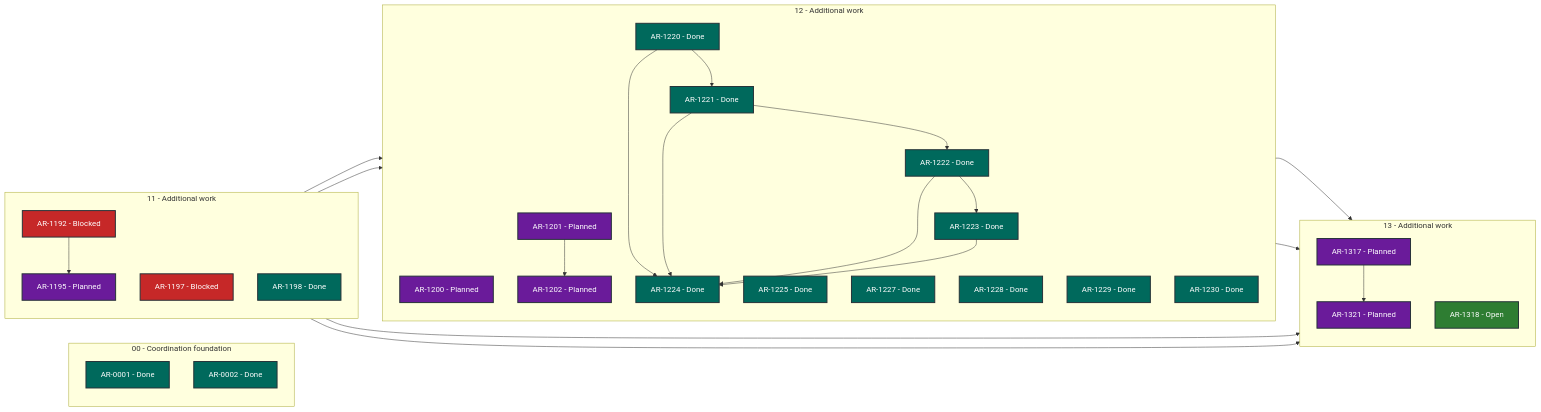
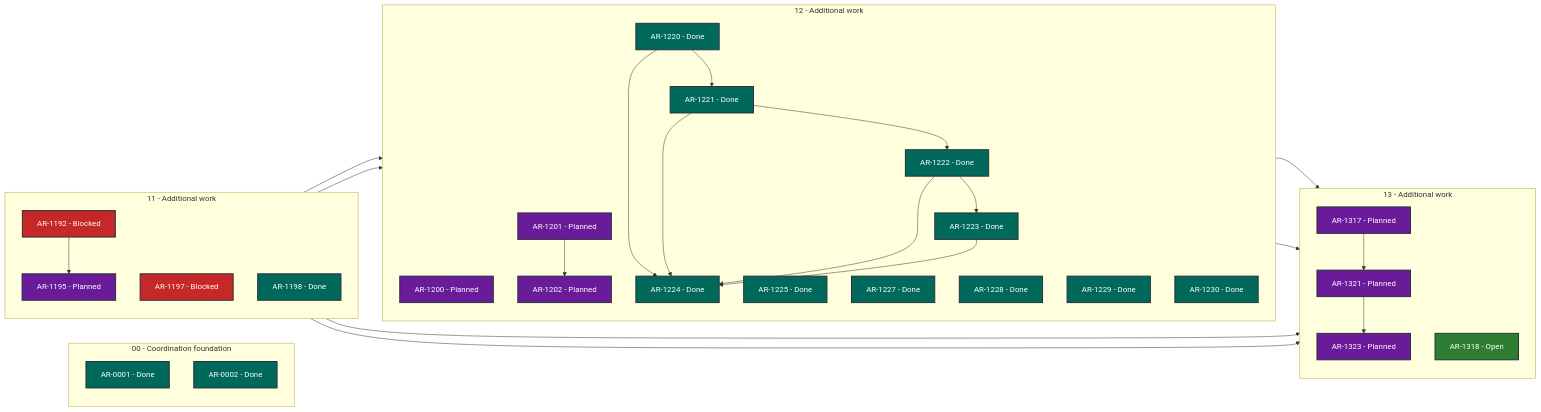
One commit to martin-beck/asb-tui-state changed the diagram in STATUS.md. Above: the diagram before and after it, drawn with Mermaid. The commit also changed other lines of this file and 2 other files, not shown here.

````diff
--- a/STATUS.md
+++ b/STATUS.md
@@ -27,61 +27,63 @@
 ```mermaid
 flowchart LR
     subgraph series_00["00 - Coordination foundation"]
         direction TB
         AR_0001["AR-0001 - Done"]:::status_done
         AR_0002["AR-0002 - Done"]:::status_done
     end
     subgraph series_11["11 - Additional work"]
         direction TB
         AR_1192["AR-1192 - Blocked"]:::status_blocked
         AR_1195["AR-1195 - Planned"]:::status_planned
         AR_1197["AR-1197 - Blocked"]:::status_blocked
         AR_1198["AR-1198 - Done"]:::status_done
     end
     subgraph series_12["12 - Additional work"]
         direction TB
         AR_1200["AR-1200 - Planned"]:::status_planned
         AR_1201["AR-1201 - Planned"]:::status_planned
         AR_1202["AR-1202 - Planned"]:::status_planned
         AR_1220["AR-1220 - Done"]:::status_done
         AR_1221["AR-1221 - Done"]:::status_done
         AR_1222["AR-1222 - Done"]:::status_done
         AR_1223["AR-1223 - Done"]:::status_done
         AR_1224["AR-1224 - Done"]:::status_done
         AR_1225["AR-1225 - Done"]:::status_done
         AR_1227["AR-1227 - Done"]:::status_done
         AR_1228["AR-1228 - Done"]:::status_done
         AR_1229["AR-1229 - Done"]:::status_done
         AR_1230["AR-1230 - Done"]:::status_done
     end
     subgraph series_13["13 - Additional work"]
         direction TB
         AR_1317["AR-1317 - Planned"]:::status_planned
         AR_1318["AR-1318 - Open"]:::status_open
         AR_1321["AR-1321 - Planned"]:::status_planned
+        AR_1323["AR-1323 - Planned"]:::status_planned
     end
     AR_1192 --> AR_1195
     AR_1192 --> AR_1317
     AR_1195 --> AR_1200
     AR_1197 --> AR_1201
     AR_1197 --> AR_1317
     AR_1201 --> AR_1202
     AR_1220 --> AR_1221
     AR_1220 --> AR_1224
     AR_1221 --> AR_1222
     AR_1221 --> AR_1224
     AR_1222 --> AR_1223
     AR_1222 --> AR_1224
     AR_1223 --> AR_1224
     AR_1228 --> AR_1317
     AR_1229 --> AR_1317
     AR_1317 --> AR_1321
+    AR_1321 --> AR_1323
     classDef status_in_progress fill:#1565c0,color:#ffffff,stroke:#263238,stroke-width:2px
     classDef status_open fill:#2e7d32,color:#ffffff,stroke:#263238,stroke-width:2px
     classDef status_blocked fill:#c62828,color:#ffffff,stroke:#263238,stroke-width:2px
     classDef status_planned fill:#6a1b9a,color:#ffffff,stroke:#263238,stroke-width:2px
     classDef status_future fill:#455a64,color:#ffffff,stroke:#263238,stroke-width:2px
     classDef status_done fill:#00695c,color:#ffffff,stroke:#263238,stroke-width:2px
     classDef status_cancelled fill:#616161,color:#ffffff,stroke:#263238,stroke-width:2px
     classDef status_superseded fill:#5d4037,color:#ffffff,stroke:#263238,stroke-width:2px
 ```
````
